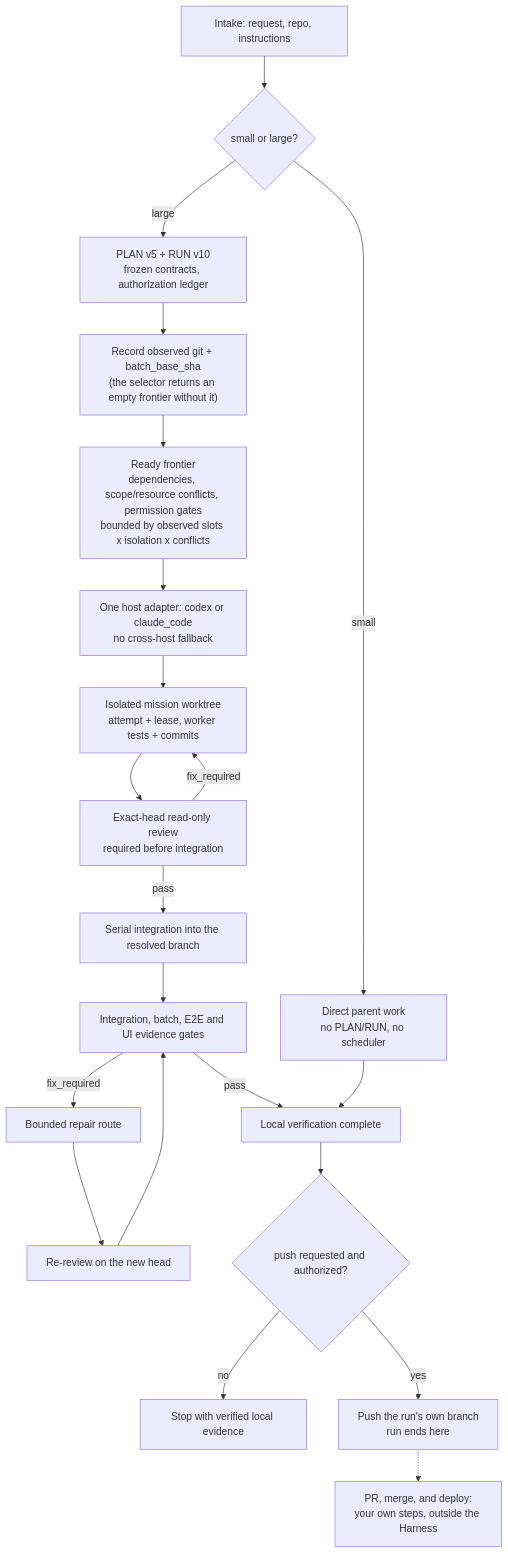
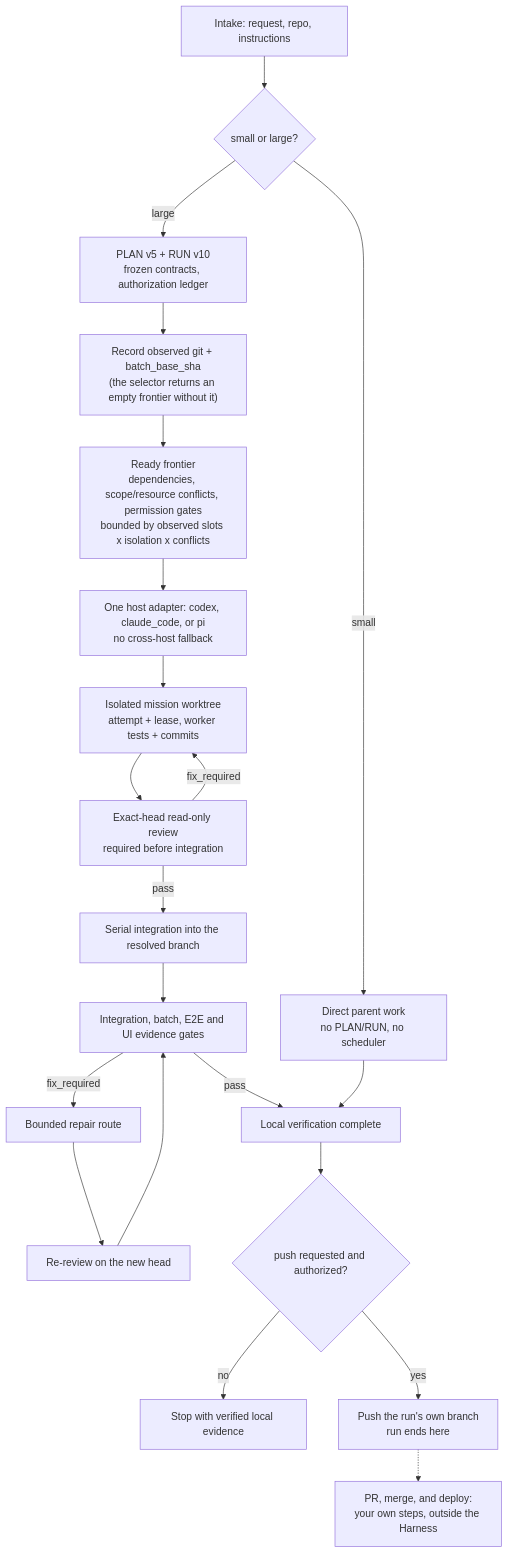
The second of 2 diagrams in README.zh-CN.md (Phlegonlabs/product-delivery-harness), drawn with Mermaid before and after one commit. The commit also changed other lines of this file and 66 other files, not shown here.

````diff
--- a/README.zh-CN.md
+++ b/README.zh-CN.md
@@ -92,23 +93,23 @@
 ```mermaid
 flowchart TB
   Intake["Intake: request, repo, instructions"] --> Size{"small or large?"}
   Size -->|small| Direct["Direct parent work<br/>no PLAN/RUN, no scheduler"]
   Size -->|large| Plan["PLAN v5 + RUN v10<br/>frozen contracts, authorization ledger"]
   Plan --> Observe["Record observed git + batch_base_sha<br/>(the selector returns an empty frontier without it)"]
   Observe --> Frontier["Ready frontier<br/>dependencies, scope/resource conflicts, permission gates<br/>bounded by observed slots x isolation x conflicts"]
-  Frontier --> Host["One host adapter: codex or claude_code<br/>no cross-host fallback"]
+  Frontier --> Host["One host adapter: codex, claude_code, or pi<br/>no cross-host fallback"]
   Host --> Work["Isolated mission worktree<br/>attempt + lease, worker tests + commits"]
   Work --> Review["Exact-head read-only review<br/>required before integration"]
   Review -->|pass| Integrate["Serial integration into the resolved branch"]
   Review -->|fix_required| Work
   Integrate --> Gates["Integration, batch, E2E and UI evidence gates"]
   Gates -->|fix_required| Repair["Bounded repair route"]
   Repair --> Rereview["Re-review on the new head"]
   Rereview --> Gates
   Gates -->|pass| Local["Local verification complete"]
   Direct --> Local
   Local --> Remote{"push requested and authorized?"}
   Remote -->|no| Done["Stop with verified local evidence"]
   Remote -->|yes| Push["Push the run's own branch<br/>run ends here"]
   Push -.-> Yours["PR, merge, and deploy:<br/>your own steps, outside the Harness"]
 ```
````
